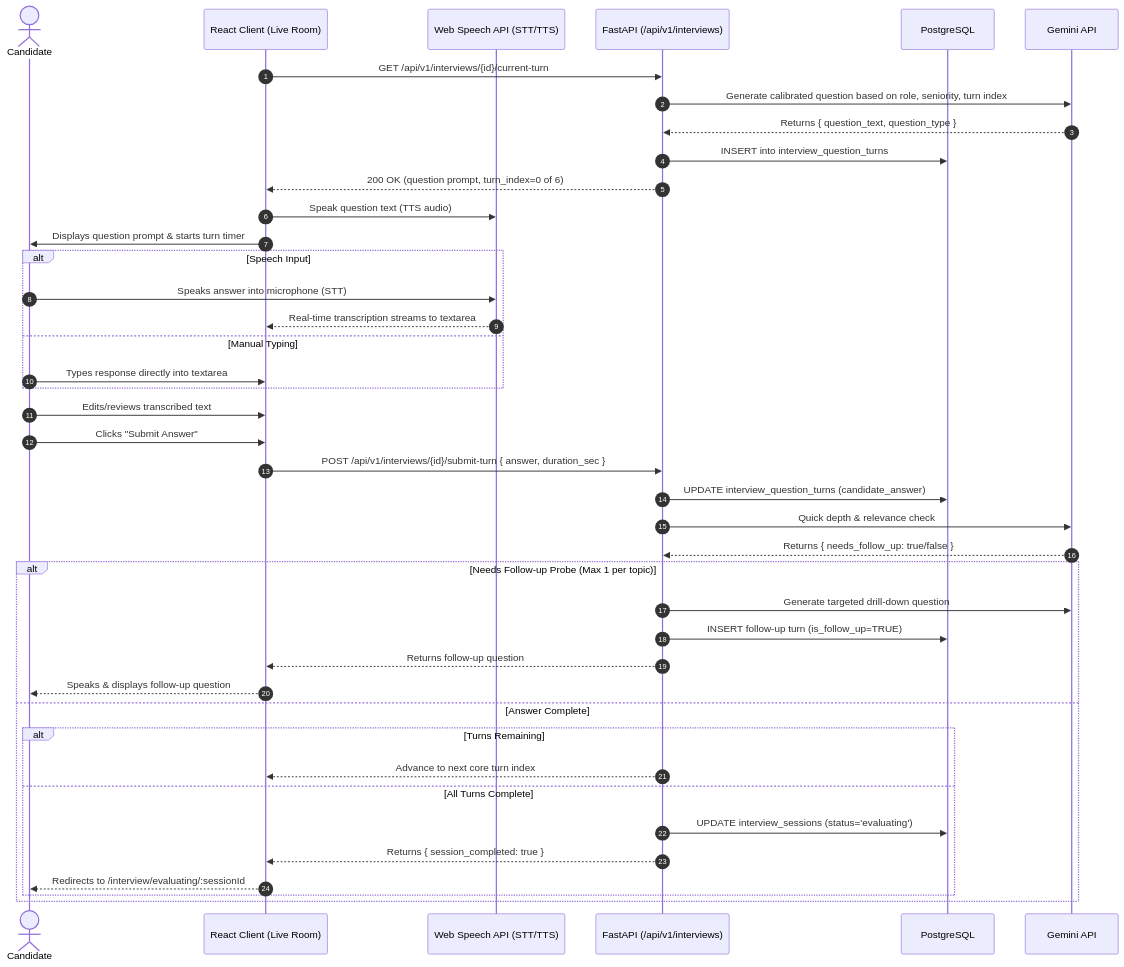
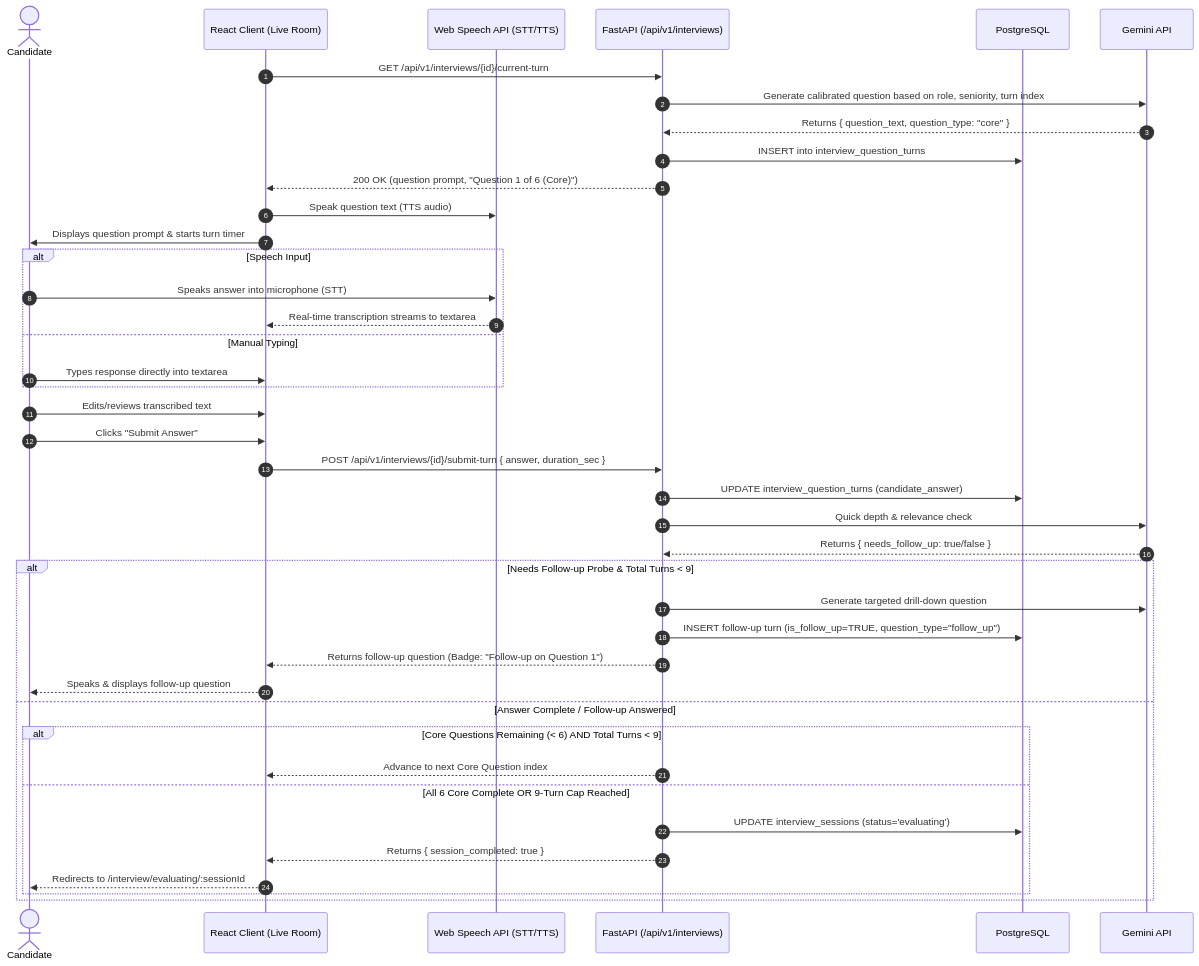
Before and after one commit to krishnatiwari4806/AROVIA: the tenth of 15 diagrams in docs/APP_FLOW.md, drawn with Mermaid. The commit also changed other lines of this file and 2 other files, not shown here.

Commit message:
docs: complete app flow, ui ux brief and backend schema documentation

````diff
--- a/docs/APP_FLOW.md
+++ b/docs/APP_FLOW.md
@@ -446,49 +518,49 @@
 ```mermaid
 sequenceDiagram
     autonumber
     actor Candidate
     participant Frontend as React Client (Live Room)
     participant AudioAPI as Web Speech API (STT/TTS)
     participant API as FastAPI (/api/v1/interviews)
     participant DB as PostgreSQL
     participant AI as Gemini API
 
     Frontend->>API: GET /api/v1/interviews/{id}/current-turn
     API->>AI: Generate calibrated question based on role, seniority, turn index
-    AI-->>API: Returns { question_text, question_type }
+    AI-->>API: Returns { question_text, question_type: "core" }
     API->>DB: INSERT into interview_question_turns
-    API-->>Frontend: 200 OK (question prompt, turn_index=0 of 6)
+    API-->>Frontend: 200 OK (question prompt, "Question 1 of 6 (Core)")
 
     Frontend->>AudioAPI: Speak question text (TTS audio)
     Frontend->>Candidate: Displays question prompt & starts turn timer
 
     alt Speech Input
         Candidate->>AudioAPI: Speaks answer into microphone (STT)
         AudioAPI-->>Frontend: Real-time transcription streams to textarea
     else Manual Typing
         Candidate->>Frontend: Types response directly into textarea
     end
 
     Candidate->>Frontend: Edits/reviews transcribed text
     Candidate->>Frontend: Clicks "Submit Answer"
     Frontend->>API: POST /api/v1/interviews/{id}/submit-turn { answer, duration_sec }
     API->>DB: UPDATE interview_question_turns (candidate_answer)
 
     API->>AI: Quick depth & relevance check
     AI-->>API: Returns { needs_follow_up: true/false }
 
-    alt Needs Follow-up Probe (Max 1 per topic)
+    alt Needs Follow-up Probe & Total Turns < 9
         API->>AI: Generate targeted drill-down question
-        API->>DB: INSERT follow-up turn (is_follow_up=TRUE)
-        API-->>Frontend: Returns follow-up question
+        API->>DB: INSERT follow-up turn (is_follow_up=TRUE, question_type="follow_up")
+        API-->>Frontend: Returns follow-up question (Badge: "Follow-up on Question 1")
         Frontend-->>Candidate: Speaks & displays follow-up question
-    else Answer Complete
-        alt Turns Remaining
-            API-->>Frontend: Advance to next core turn index
-        else All Turns Complete
+    else Answer Complete / Follow-up Answered
+        alt Core Questions Remaining (< 6) AND Total Turns < 9
+            API-->>Frontend: Advance to next Core Question index
+        else All 6 Core Complete OR 9-Turn Cap Reached
             API->>DB: UPDATE interview_sessions (status='evaluating')
             API-->>Frontend: Returns { session_completed: true }
             Frontend-->>Candidate: Redirects to /interview/evaluating/:sessionId
         end
     end
 ```
````
